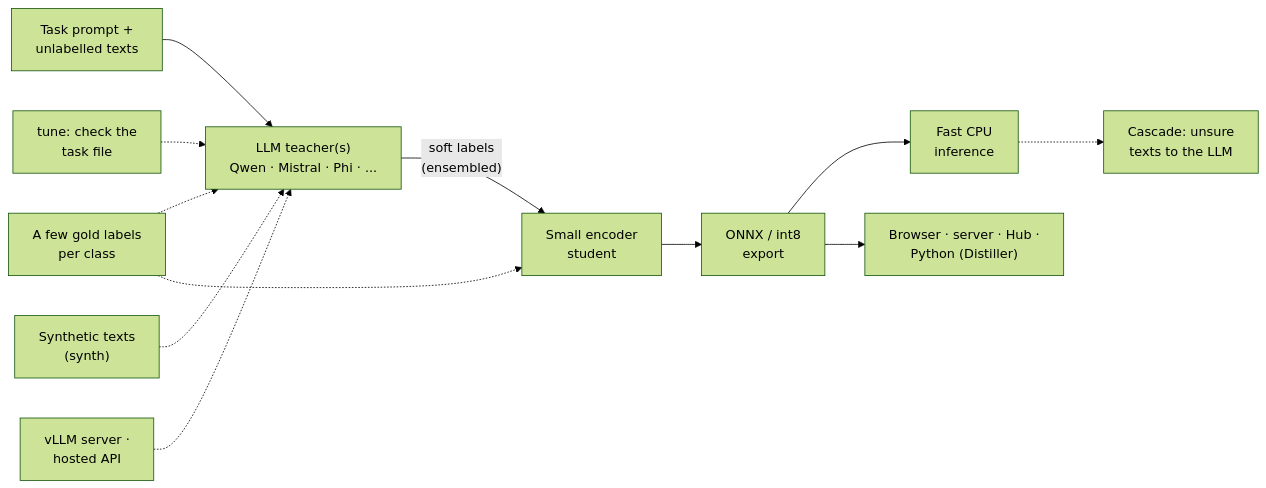
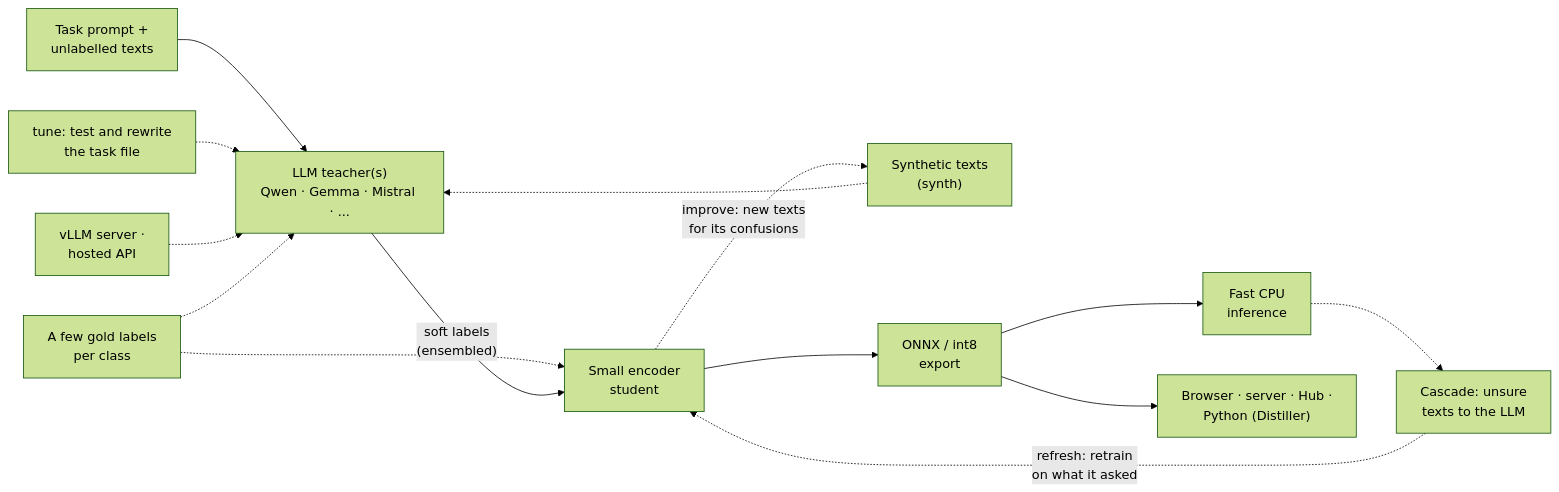
Before and after one commit to Andreas-Hum/tinydistill: the diagram in docs/index.md, drawn with Mermaid (forest theme). The commit also changed 5 other files, not shown here.

Commit message:
Demo with tabs and the guided tour; README screenshots of Inside the model; diagram with the improve and refresh loops

````diff
--- a/docs/index.md
+++ b/docs/index.md
@@ -56,14 +56,16 @@
 ```mermaid
 flowchart LR
-    A["Task prompt +<br/>unlabelled texts"] --> B["LLM teacher(s)<br/>Qwen · Mistral · Phi · ..."]
-    T["tune: check the<br/>task file"] -.-> B
+    A["Task prompt +<br/>unlabelled texts"] --> B["LLM teacher(s)<br/>Qwen · Gemma · Mistral · ..."]
+    T["tune: test and rewrite<br/>the task file"] -.-> B
     S["Synthetic texts<br/>(synth)"] -.-> B
     V["vLLM server ·<br/>hosted API"] -.-> B
     K["A few gold labels<br/>per class"] -.-> B
     K -.-> C
     B -- "soft labels<br/>(ensembled)" --> C["Small encoder<br/>student"]
     C --> D["ONNX / int8<br/>export"]
     D --> E["Fast CPU<br/>inference"]
     D --> W["Browser · server · Hub ·<br/>Python (Distiller)"]
     E -.-> F["Cascade: unsure<br/>texts to the LLM"]
+    F -. "refresh: retrain<br/>on what it asked" .-> C
+    C -. "improve: new texts<br/>for its confusions" .-> S
 ```
````
